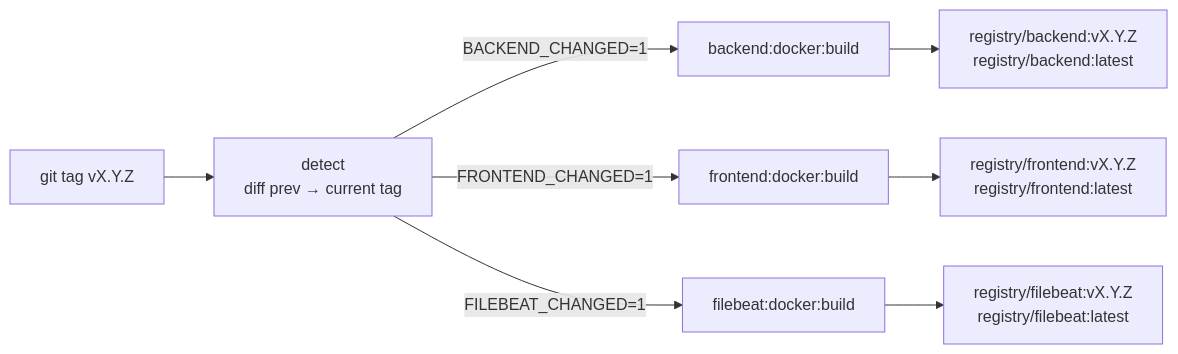
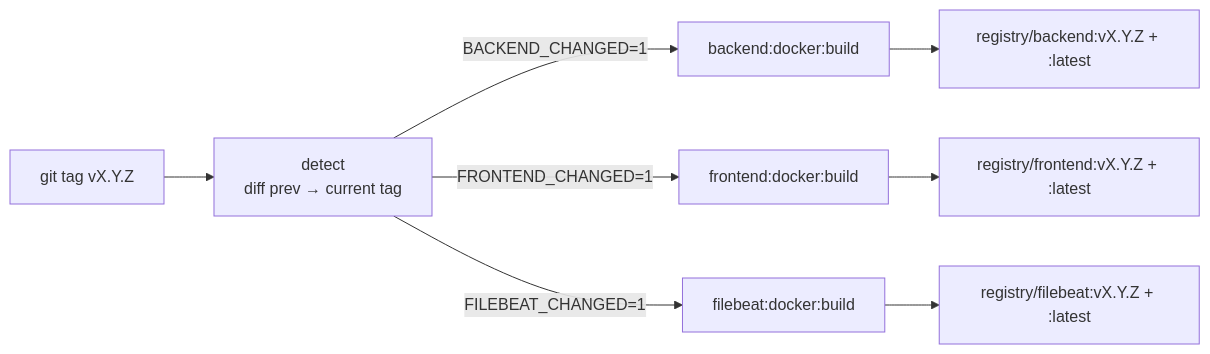
One commit to OpenClawXX/Zabbix_Portal changed the fifth of 7 diagrams in WORKFLOW.md. Above: the diagram before and after it, drawn with Mermaid. The commit also changed other lines of this file and 55 other files, not shown here.

````diff
--- a/WORKFLOW.md
+++ b/WORKFLOW.md
@@ -203,10 +205,10 @@
 ```mermaid
 flowchart LR
     Tag["git tag vX.Y.Z"] --> Detect["detect\ndiff prev → current tag"]
     Detect -- "BACKEND_CHANGED=1" --> BBuild["backend:docker:build"]
     Detect -- "FRONTEND_CHANGED=1" --> FBuild["frontend:docker:build"]
     Detect -- "FILEBEAT_CHANGED=1" --> EBuild["filebeat:docker:build"]
-    BBuild --> BReg["registry/backend:vX.Y.Z\nregistry/backend:latest"]
-    FBuild --> FReg["registry/frontend:vX.Y.Z\nregistry/frontend:latest"]
-    EBuild --> EReg["registry/filebeat:vX.Y.Z\nregistry/filebeat:latest"]
+    BBuild --> BReg["registry/backend:vX.Y.Z + :latest"]
+    FBuild --> FReg["registry/frontend:vX.Y.Z + :latest"]
+    EBuild --> EReg["registry/filebeat:vX.Y.Z + :latest"]
 ```
````
